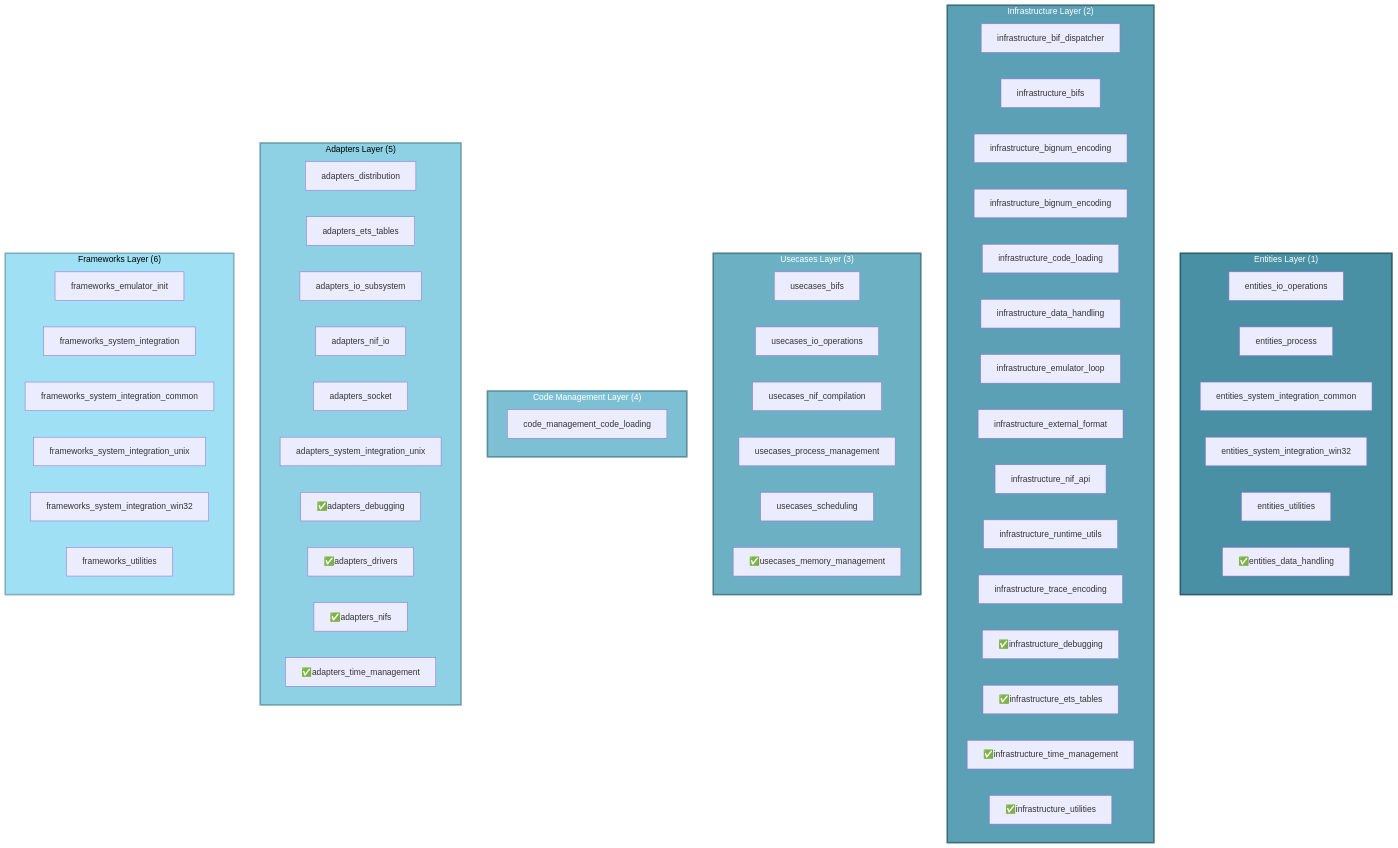
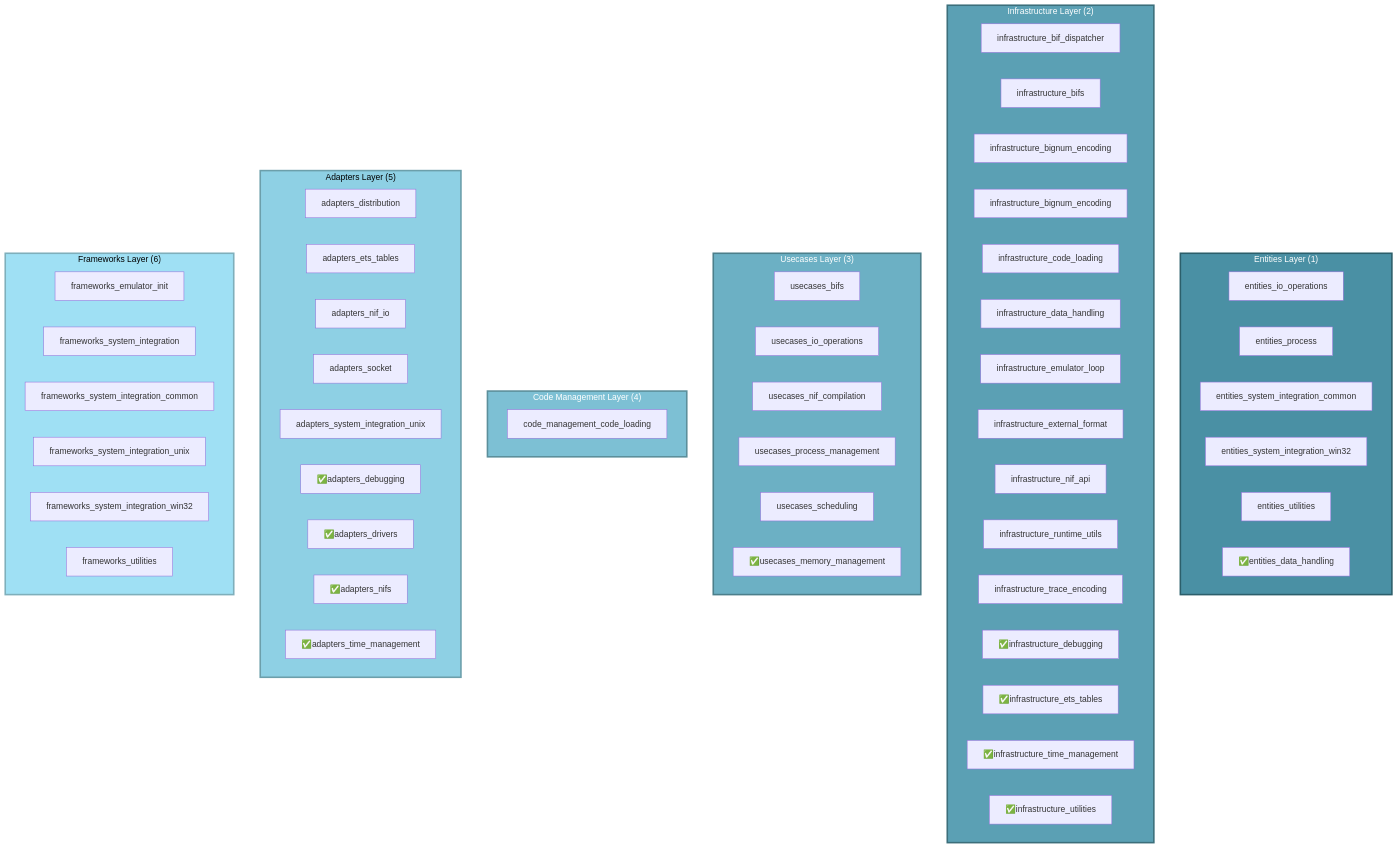
Before and after one commit to yenrab/iron-beam: the diagram in rust-conversion/solid-clear-design/layers-groups.mmd, drawn with Mermaid. The commit also changed 28 other files, not shown here.

```diff
--- a/rust-conversion/solid-clear-design/layers-groups.mmd
+++ b/rust-conversion/solid-clear-design/layers-groups.mmd
@@ -1,68 +1,67 @@
 graph TD
     subgraph entities["Entities Layer (1)"]
         BehaviorGroup_5["entities_io_operations"]
         BehaviorGroup_36["entities_process"]
         BehaviorGroup_2["entities_system_integration_common"]
         BehaviorGroup_3["entities_system_integration_win32"]
         BehaviorGroup_4["entities_utilities"]
         BehaviorGroup_1["✅entities_data_handling"]
     end
     style entities fill:#4A90A4,stroke:#2C5F6B,stroke-width:3px,color:#FFFFFF
 
     subgraph infrastructure["Infrastructure Layer (2)"]
         BehaviorGroup_infrastructure_bif_dispatcher["infrastructure_bif_dispatcher"]
         BehaviorGroup_28["infrastructure_bifs"]
         BehaviorGroup_31["infrastructure_bignum_encoding"]
         BehaviorGroup_32["infrastructure_bignum_encoding"]
         BehaviorGroup_29["infrastructure_code_loading"]
         BehaviorGroup_30["infrastructure_data_handling"]
         BehaviorGroup_infrastructure_emulator_loop["infrastructure_emulator_loop"]
         BehaviorGroup_infrastructure_external_format["infrastructure_external_format"]
         BehaviorGroup_35["infrastructure_nif_api"]
         BehaviorGroup_infrastructure_runtime_utils["infrastructure_runtime_utils"]
         BehaviorGroup_33["infrastructure_trace_encoding"]
         BehaviorGroup_25["✅infrastructure_debugging"]
         BehaviorGroup_26["✅infrastructure_ets_tables"]
         BehaviorGroup_27["✅infrastructure_time_management"]
         BehaviorGroup_24["✅infrastructure_utilities"]
     end
     style infrastructure fill:#5BA0B4,stroke:#3C6F7B,stroke-width:3px,color:#FFFFFF
 
     subgraph usecases["Usecases Layer (3)"]
         BehaviorGroup_9["usecases_bifs"]
         BehaviorGroup_8["usecases_io_operations"]
         BehaviorGroup_usecases_nif_compilation["usecases_nif_compilation"]
         BehaviorGroup_7["usecases_process_management"]
         BehaviorGroup_usecases_scheduling["usecases_scheduling"]
         BehaviorGroup_6["✅usecases_memory_management"]
     end
     style usecases fill:#6CB0C4,stroke:#4C7F8B,stroke-width:3px,color:#FFFFFF
 
     subgraph codemanagement["Code Management Layer (4)"]
         BehaviorGroup_34["code_management_code_loading"]
     end
     style codemanagement fill:#7DC0D4,stroke:#5C8F9B,stroke-width:3px,color:#FFFFFF
 
     subgraph adapters["Adapters Layer (5)"]
         BehaviorGroup_18["adapters_distribution"]
         BehaviorGroup_12["adapters_ets_tables"]
-        BehaviorGroup_adapters_io_subsystem["adapters_io_subsystem"]
         BehaviorGroup_17["adapters_nif_io"]
         BehaviorGroup_37["adapters_socket"]
         BehaviorGroup_16["adapters_system_integration_unix"]
         BehaviorGroup_13["✅adapters_debugging"]
         BehaviorGroup_14["✅adapters_drivers"]
         BehaviorGroup_10["✅adapters_nifs"]
         BehaviorGroup_15["✅adapters_time_management"]
     end
     style adapters fill:#8ED0E4,stroke:#6C9FAB,stroke-width:3px,color:#000000
 
     subgraph frameworks["Frameworks Layer (6)"]
         BehaviorGroup_frameworks_emulator_init["frameworks_emulator_init"]
         BehaviorGroup_23["frameworks_system_integration"]
         BehaviorGroup_22["frameworks_system_integration_common"]
         BehaviorGroup_21["frameworks_system_integration_unix"]
         BehaviorGroup_20["frameworks_system_integration_win32"]
         BehaviorGroup_19["frameworks_utilities"]
     end
     style frameworks fill:#9FE0F4,stroke:#7FAFBB,stroke-width:3px,color:#000000
```
